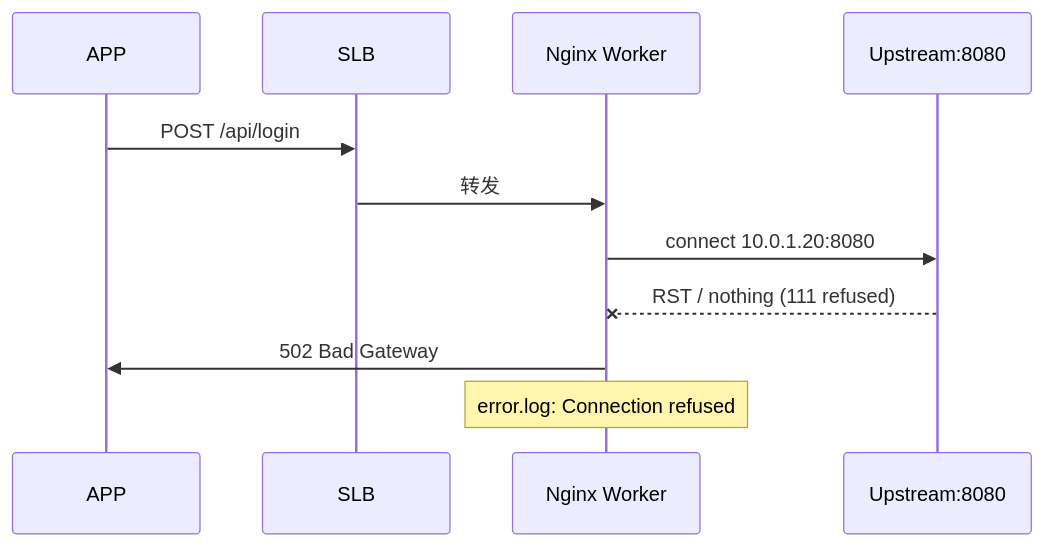
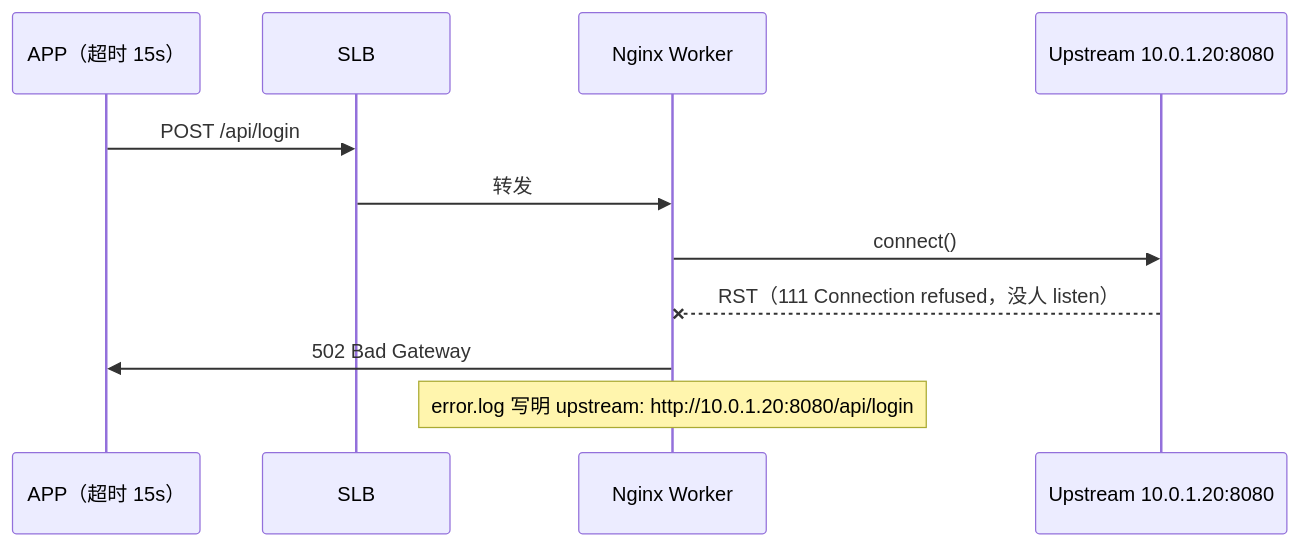
The second of 5 diagrams in 01-基础底座/19-Nginx/知识点.md (ml-cuizijun/LearnToLilith), drawn with Mermaid before and after one commit. The commit also changed other lines of this file and 470 other files, not shown here.

````diff
--- a/01-基础底座/19-Nginx/知识点.md
+++ b/01-基础底座/19-Nginx/知识点.md
@@ -182,14 +280,13 @@
 ```mermaid
 sequenceDiagram
-    participant APP as APP
+    participant APP as APP（超时 15s）
     participant SLB as SLB
     participant W as Nginx Worker
-    participant UP as Upstream:8080
-
+    participant UP as Upstream 10.0.1.20:8080
     APP->>SLB: POST /api/login
     SLB->>W: 转发
-    W->>UP: connect 10.0.1.20:8080
-    UP--xW: RST / nothing (111 refused)
+    W->>UP: connect()
+    UP--xW: RST（111 Connection refused，没人 listen）
     W->>APP: 502 Bad Gateway
-    Note over W: error.log: Connection refused
+    Note over W: error.log 写明 upstream: http://10.0.1.20:8080/api/login
 ```
````
